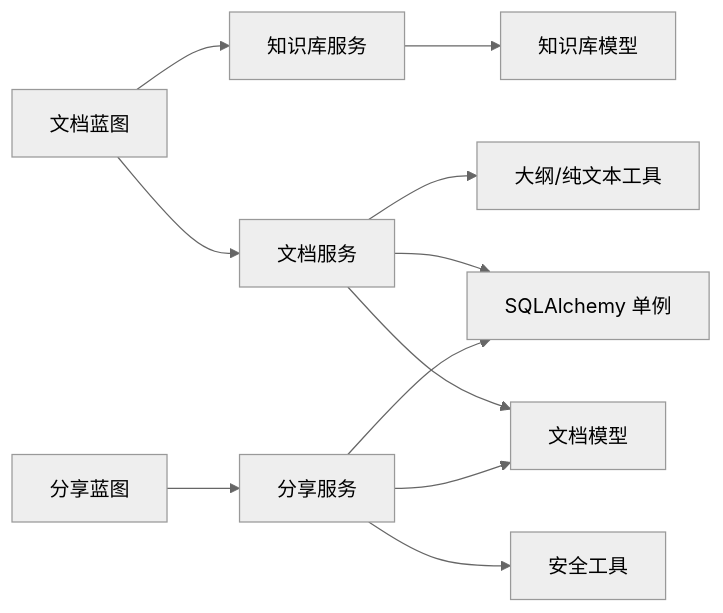
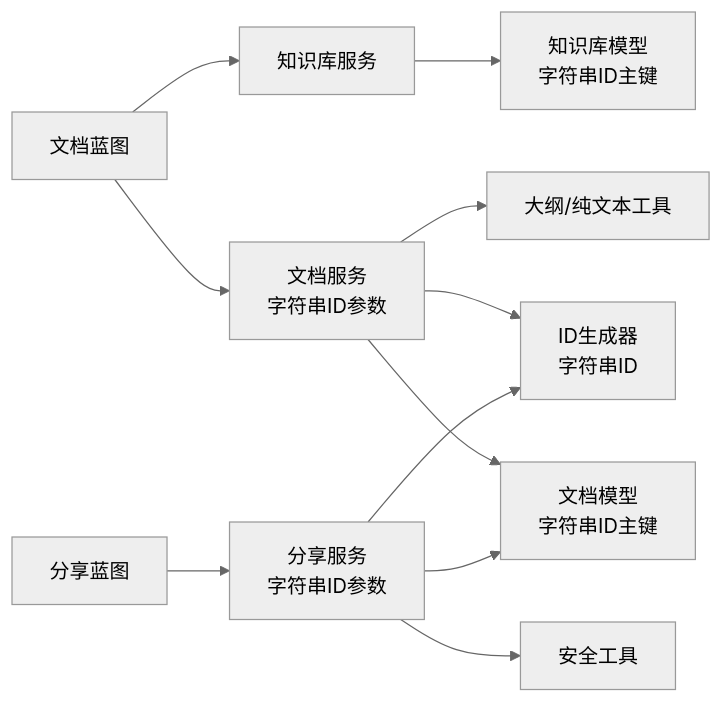
Before and after one commit to beyondalbert/my_wiki: the eighth of 8 diagrams in .qoder/repowiki/zh/content/核心模块/文档管理系统/文档服务层.md, drawn with Mermaid (neutral theme). The commit also changed other lines of this file and 21 other files, not shown here.

````diff
--- a/.qoder/repowiki/zh/content/核心模块/文档管理系统/文档服务层.md
+++ b/.qoder/repowiki/zh/content/核心模块/文档管理系统/文档服务层.md
@@ -288,13 +325,13 @@
 ```mermaid
 graph LR
-BPDoc["文档蓝图"] --> DS["文档服务"]
-BPShare["分享蓝图"] --> SS["分享服务"]
-DS --> DM["文档模型"]
+BPDoc["文档蓝图"] --> DS["文档服务<br/>字符串ID参数"]
+BPShare["分享蓝图"] --> SS["分享服务<br/>字符串ID参数"]
+DS --> DM["文档模型<br/>字符串ID主键"]
 SS --> DM
 DS --> OUT["大纲/纯文本工具"]
 SS --> SEC["安全工具"]
-DS --> EXT["SQLAlchemy 单例"]
-SS --> EXT
-KBS["知识库服务"] --> KBM["知识库模型"]
+DS --> IDS["ID生成器<br/>字符串ID"]
+SS --> IDS
+KBS["知识库服务"] --> KBM["知识库模型<br/>字符串ID主键"]
 BPDoc --> KBS
 ```
````
